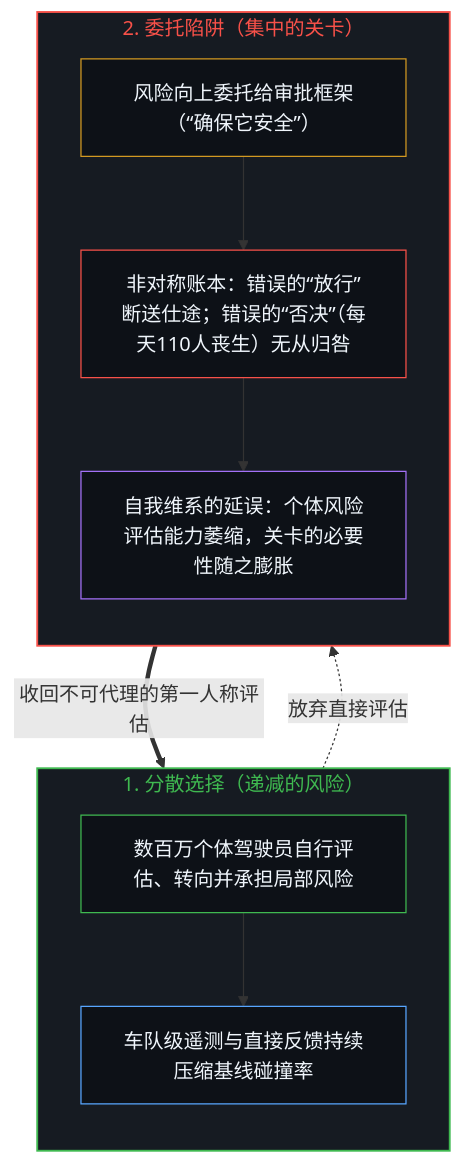
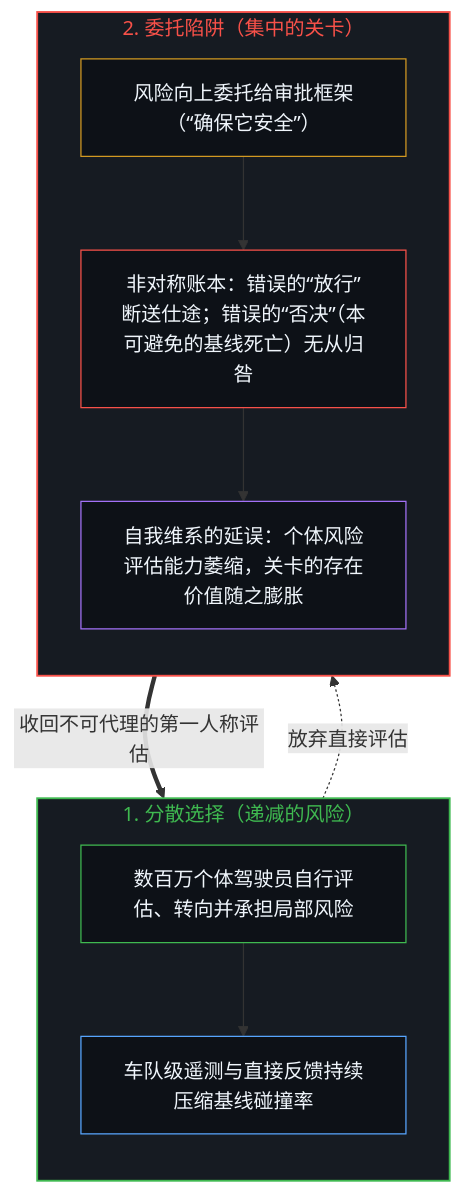
Before and after one commit to powerpig99/not-a-toe: the first of 2 diagrams in content/posts/the-risk-you-delegate-is-the-risk-you-create.md, drawn with Mermaid. The commit also changed other lines of this file and 13 other files, not shown here.

````diff
--- a/content/posts/the-risk-you-delegate-is-the-risk-you-create.md
+++ b/content/posts/the-risk-you-delegate-is-the-risk-you-create.md
@@ -33,25 +33,25 @@
 ```mermaid
 flowchart TD
     subgraph S_Dist["1. 分散选择（递减的风险）"]
         direction TB
         D_Act["数百万个体驾驶员自行评估、转向并承担局部风险"]
         D_Learn["车队级遥测与直接反馈持续压缩基线碰撞率"]
         D_Act --> D_Learn
     end
     subgraph S_Gate["2. 委托陷阱（集中的关卡）"]
         direction TB
         G_Hand["风险向上委托给审批框架（“确保它安全”）"]
-        G_Asym["非对称账本：错误的“放行”断送仕途；错误的“否决”（每天110人丧生）无从归咎"]
-        G_Loop["自我维系的延误：个体风险评估能力萎缩，关卡的必要性随之膨胀"]
+        G_Asym["非对称账本：错误的“放行”断送仕途；错误的“否决”（本可避免的基线死亡）无从归咎"]
+        G_Loop["自我维系的延误：个体风险评估能力萎缩，关卡的存在价值随之膨胀"]
         G_Hand --> G_Asym --> G_Loop
     end
     D_Act -.->|"放弃直接评估"| G_Hand
     G_Loop ==>|"收回不可代理的第一人称评估"| D_Act
     style S_Dist fill:#161b22,stroke:#3fb950,stroke-width:1.5px,color:#3fb950
     style S_Gate fill:#161b22,stroke:#f85149,stroke-width:1.5px,color:#f85149
     style D_Act fill:#0d1117,stroke:#3fb950,stroke-width:1px,color:#f0f6fc
     style D_Learn fill:#0d1117,stroke:#58a6ff,stroke-width:1px,color:#f0f6fc
     style G_Hand fill:#0d1117,stroke:#d29922,stroke-width:1px,color:#f0f6fc
     style G_Asym fill:#0d1117,stroke:#f85149,stroke-width:1px,color:#f0f6fc
     style G_Loop fill:#0d1117,stroke:#a371f7,stroke-width:1px,color:#f0f6fc
 ```
````
